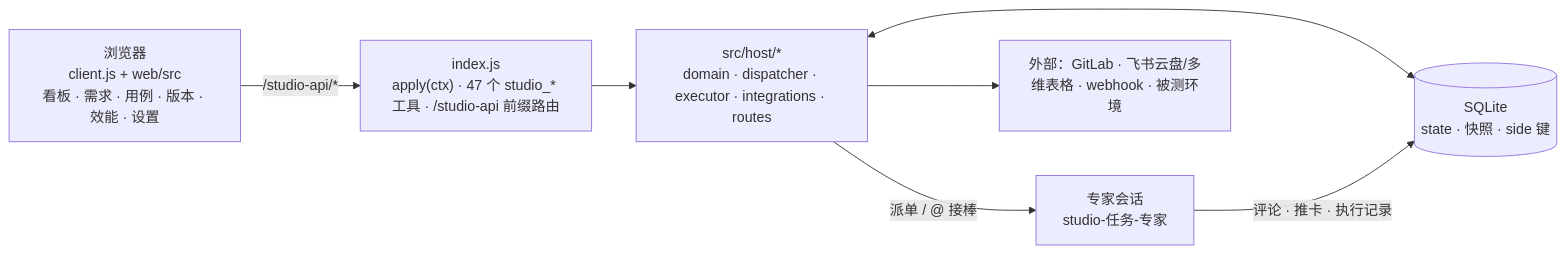
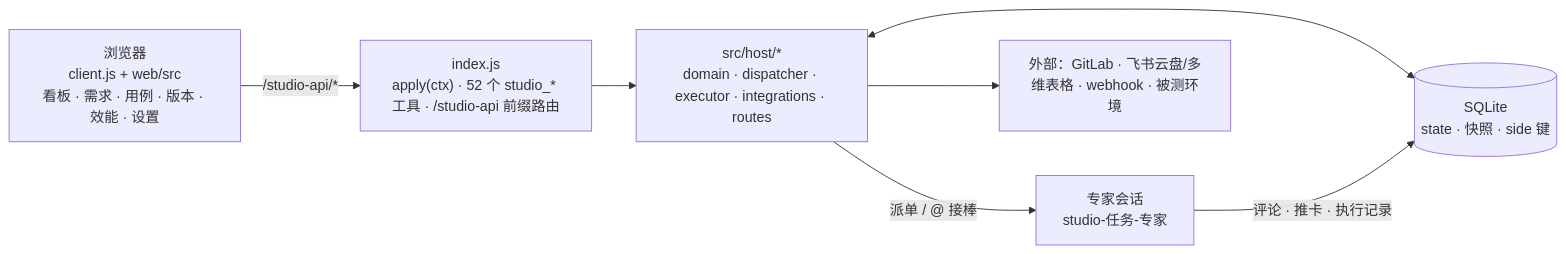
One commit to marsken88/dsh-studio changed the diagram in README.md. Above: the diagram before and after it, drawn with Mermaid. The commit also changed other lines of this file and 27 other files, not shown here.

````diff
--- a/README.md
+++ b/README.md
@@ -62,15 +66,15 @@
 ```mermaid
 flowchart LR
   UI["浏览器<br/>client.js + web/src<br/>看板 · 需求 · 用例 · 版本 · 效能 · 设置"]
-  API["index.js<br/>apply(ctx) · 47 个 studio_* 工具 · /studio-api 前缀路由"]
+  API["index.js<br/>apply(ctx) · 52 个 studio_* 工具 · /studio-api 前缀路由"]
   HOST["src/host/*<br/>domain · dispatcher · executor · integrations · routes"]
   DB[("SQLite<br/>state · 快照 · side 键")]
   AGENT["专家会话<br/>studio-任务-专家"]
   EXT["外部：GitLab · 飞书云盘/多维表格 · webhook · 被测环境"]
   UI -->|"/studio-api/*"| API
   API --> HOST
   HOST <--> DB
   HOST -->|"派单 / @ 接棒"| AGENT
   AGENT -->|"评论 · 推卡 · 执行记录"| DB
   HOST --> EXT
 ```
````
